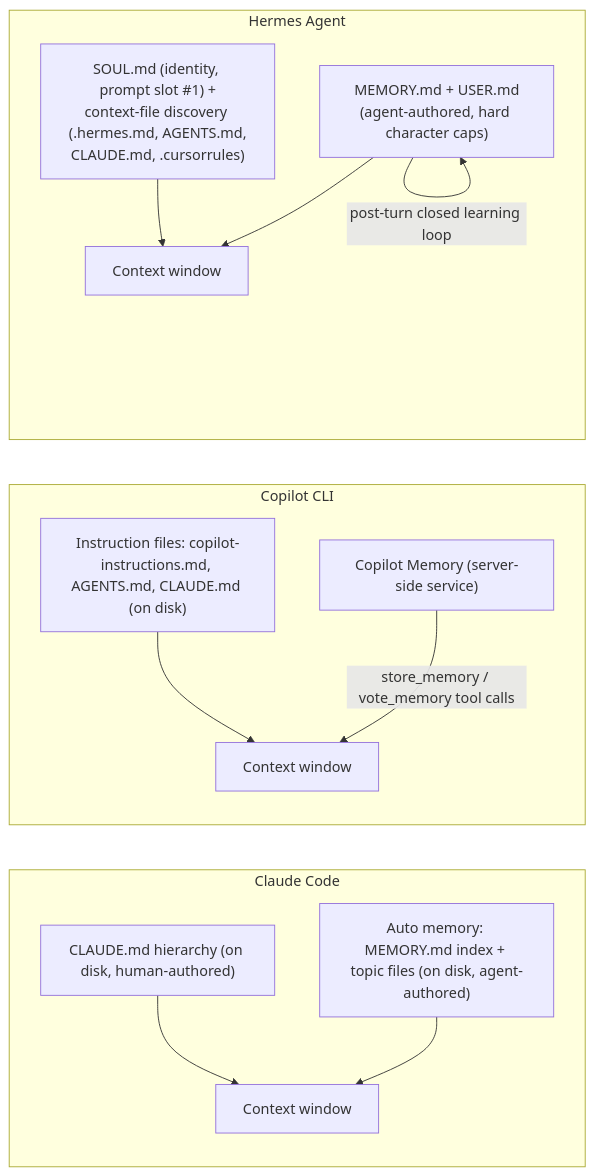
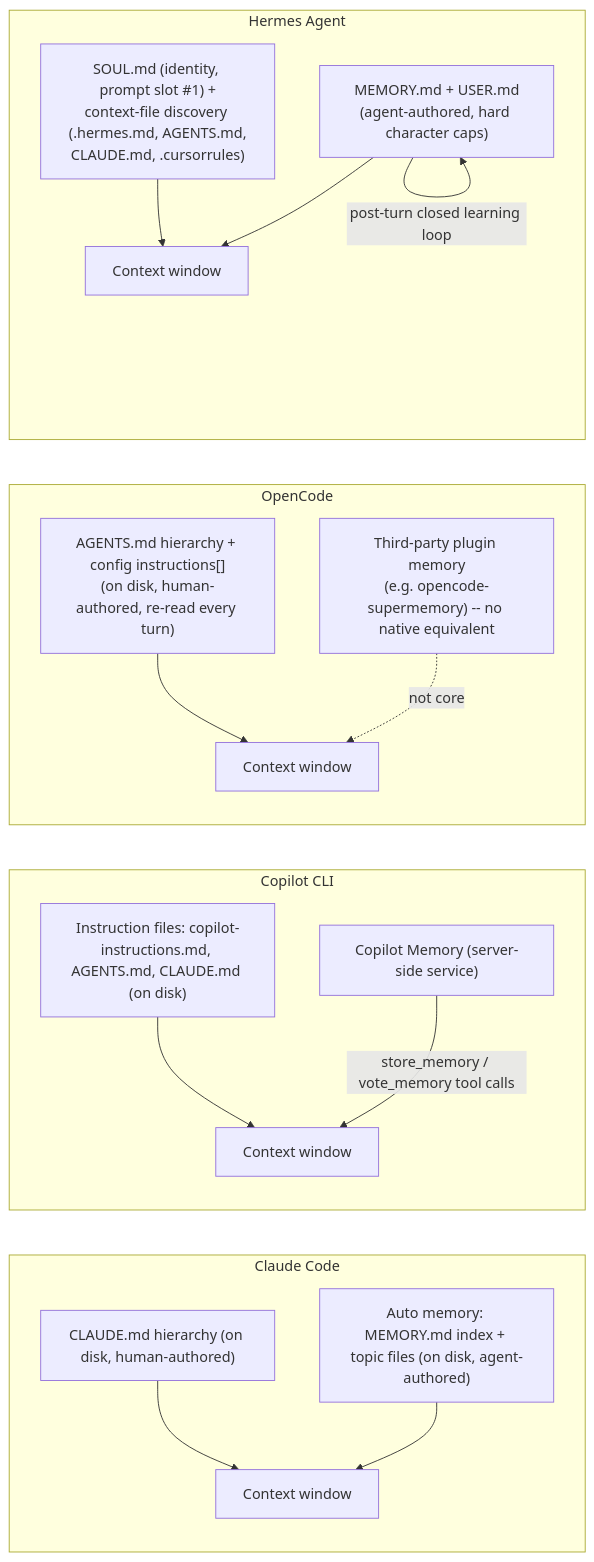
The first of 4 diagrams in references/harnesses/memory-management.md (sfernandezplain/AIrchon), drawn with Mermaid before and after one commit. The commit also changed other lines of this file and 42 other files, not shown here.

````diff
--- a/references/harnesses/memory-management.md
+++ b/references/harnesses/memory-management.md
@@ -21,16 +35,20 @@
 ```mermaid
 flowchart LR
     subgraph CC["Claude Code"]
         CM["CLAUDE.md hierarchy (on disk, human-authored)"] --> Ctx1[Context window]
         AM["Auto memory: MEMORY.md index + topic files (on disk, agent-authored)"] --> Ctx1
     end
     subgraph GH["Copilot CLI"]
         IF["Instruction files: copilot-instructions.md, AGENTS.md, CLAUDE.md (on disk)"] --> Ctx2[Context window]
         SM["Copilot Memory (server-side service)"] -->|"store_memory / vote_memory tool calls"| Ctx2
     end
+    subgraph OC["OpenCode"]
+        OCA["AGENTS.md hierarchy + config instructions[]<br/>(on disk, human-authored, re-read every turn)"] --> Ctx3b[Context window]
+        OCP["Third-party plugin memory<br/>(e.g. opencode-supermemory) -- no native equivalent"] -.->|"not core"| Ctx3b
+    end
     subgraph HM["Hermes Agent"]
         SOUL["SOUL.md (identity, prompt slot #1) +\ncontext-file discovery (.hermes.md, AGENTS.md,\nCLAUDE.md, .cursorrules)"] --> Ctx3[Context window]
         HMEM["MEMORY.md + USER.md\n(agent-authored, hard character caps)"] --> Ctx3
         HMEM -->|"post-turn closed learning loop"| HMEM
     end
 ```
````
